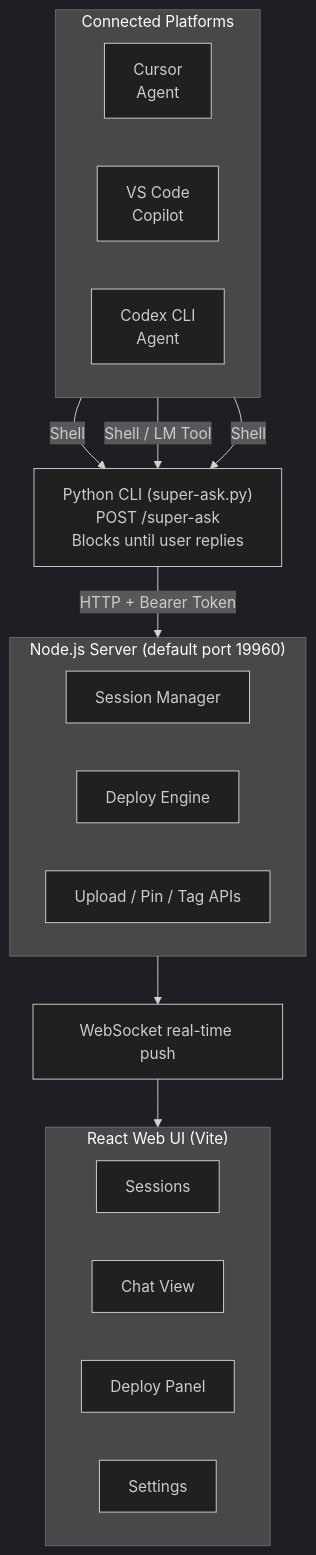
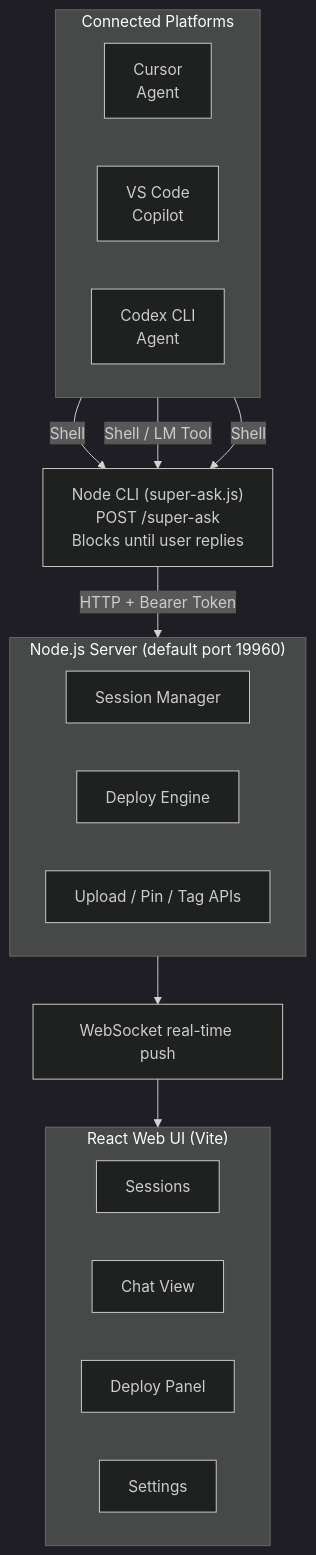
The diagram in ui/public/content/about.en.md (bdliyq/super-ask), drawn with Mermaid (dark theme) before and after one commit. The commit also changed 71 other files, not shown here.

````diff
--- a/ui/public/content/about.en.md
+++ b/ui/public/content/about.en.md
@@ -17,34 +17,34 @@
 ```mermaid
 flowchart TB
   subgraph agents["Connected Platforms"]
     direction LR
     cursor["Cursor<br/>Agent"]
     copilot["VS Code<br/>Copilot"]
     codex["Codex CLI<br/>Agent"]
   end
 
-  cli["Python CLI (super-ask.py)<br/>POST /super-ask<br/>Blocks until user replies"]
+  cli["Node CLI (super-ask.js)<br/>POST /super-ask<br/>Blocks until user replies"]
 
   subgraph server["Node.js Server (default port 19960)"]
     direction LR
     session["Session Manager"]
     deploy["Deploy Engine"]
     upload["Upload / Pin / Tag APIs"]
   end
 
   push["WebSocket real-time push"]
 
   subgraph web["React Web UI (Vite)"]
     direction LR
     sessions["Sessions"]
     chat["Chat View"]
     panel["Deploy Panel"]
     settings["Settings"]
   end
 
   cursor -->|"Shell"| cli
   copilot -->|"Shell / LM Tool"| cli
   codex -->|"Shell"| cli
   cli -->|"HTTP + Bearer Token"| server
   server --> push --> web
 ```
````
